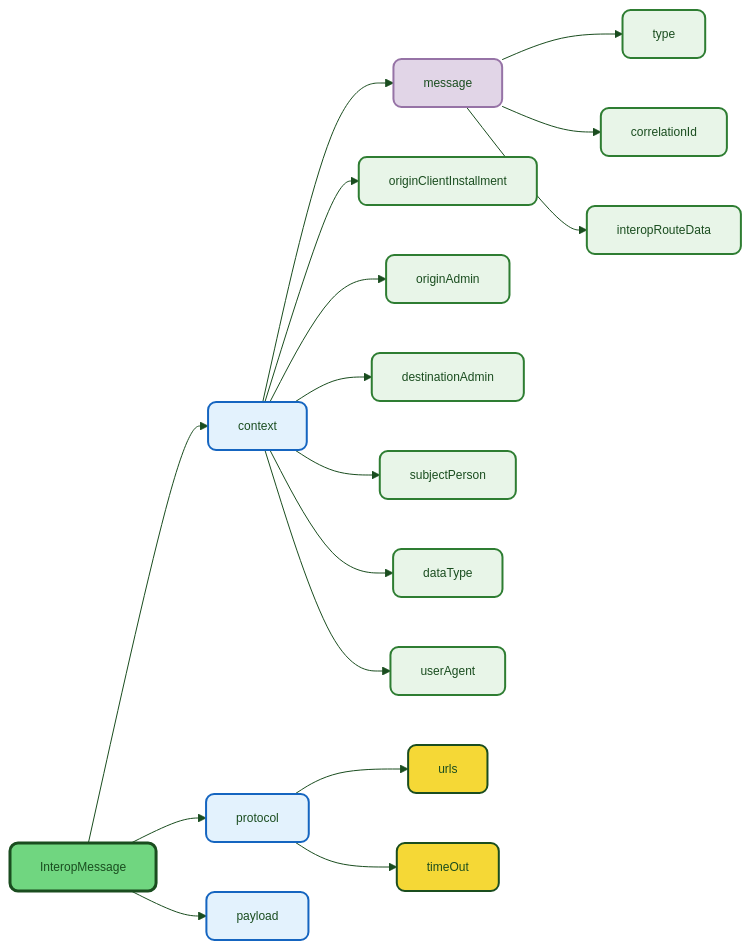
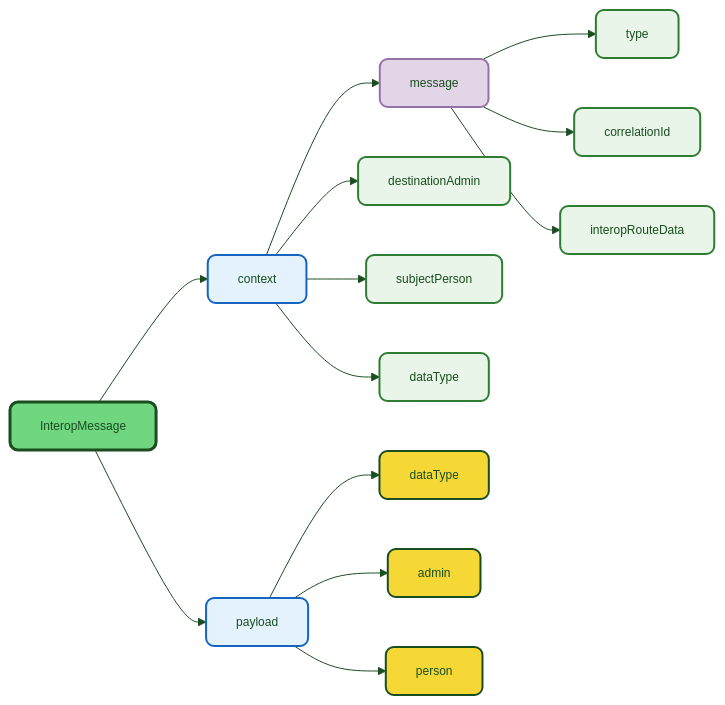
Before and after one commit to DENA-Euskadi/dena-euskadi.github.io: the second of 3 diagrams in docs/semantica/data-retrieve/index.en.md, drawn with Mermaid. The commit also changed other lines of this file and 117 other files, not shown here.

````diff
--- a/docs/semantica/data-retrieve/index.en.md
+++ b/docs/semantica/data-retrieve/index.en.md
@@ -190,49 +190,43 @@
 ```mermaid
 ---
 config:
   theme: base
   themeVariables:
     primaryColor: "#FFFFFF"
     primaryTextColor: "#1a4d1f"
     primaryBorderColor: "#70d680"
     lineColor: "#1a4d1f"
     fontSize: "12px"
     fontFamily: "Manrope, sans-serif"
 ---
 flowchart LR
     ROOT["InteropMessage"] --> CTX["context"]
-    ROOT --> PROTOCOL["protocol"]
     ROOT --> PAYLOAD["payload"]
 
     CTX --> MSG["message"]
-    CTX --> ORIGIN_CI["originClientInstallment"]
-    CTX --> ORIGIN_ADMIN["originAdmin"]
     CTX --> DEST["destinationAdmin"]
     CTX --> PERSON["subjectPerson"]
     CTX --> DTYPE["dataType"]
-    CTX --> UA["userAgent"]
 
     MSG --> MTYPE["type"]
     MSG --> CORR["correlationId"]
     MSG --> ROUTE["interopRouteData"]
 
-    PROTOCOL --> PURLS["urls"]
-    PROTOCOL --> PTO["timeOut"]
+    PAYLOAD --> PDTYPE["dataType"]
+    PAYLOAD --> PADMIN["admin"]
+    PAYLOAD --> PPERSON["person"]
 
     style ROOT fill:#70d680,stroke:#1a4d1f,color:#1a4d1f,stroke-width:3px,rx:8,ry:8
     style CTX fill:#e3f2fd,stroke:#1565c0,color:#1a4d1f,stroke-width:2px,rx:8,ry:8
     style PAYLOAD fill:#e3f2fd,stroke:#1565c0,color:#1a4d1f,stroke-width:2px,rx:8,ry:8
-    style PROTOCOL fill:#e3f2fd,stroke:#1565c0,color:#1a4d1f,stroke-width:2px,rx:8,ry:8
     style MSG fill:#e1d5e7,stroke:#9673a6,color:#1a4d1f,stroke-width:2px,rx:8,ry:8
     style MTYPE fill:#e8f5e8,stroke:#2e7d32,color:#1a4d1f,stroke-width:2px,rx:8,ry:8
-    style DTYPE fill:#e8f5e8,stroke:#2e7d32,color:#1a4d1f,stroke-width:2px,rx:8,ry:8
     style CORR fill:#e8f5e8,stroke:#2e7d32,color:#1a4d1f,stroke-width:2px,rx:8,ry:8
-    style ORIGIN_CI fill:#e8f5e8,stroke:#2e7d32,color:#1a4d1f,stroke-width:2px,rx:8,ry:8
-    style ORIGIN_ADMIN fill:#e8f5e8,stroke:#2e7d32,color:#1a4d1f,stroke-width:2px,rx:8,ry:8
+    style ROUTE fill:#e8f5e8,stroke:#2e7d32,color:#1a4d1f,stroke-width:2px,rx:8,ry:8
     style DEST fill:#e8f5e8,stroke:#2e7d32,color:#1a4d1f,stroke-width:2px,rx:8,ry:8
     style PERSON fill:#e8f5e8,stroke:#2e7d32,color:#1a4d1f,stroke-width:2px,rx:8,ry:8
-    style UA fill:#e8f5e8,stroke:#2e7d32,color:#1a4d1f,stroke-width:2px,rx:8,ry:8
-    style ROUTE fill:#e8f5e8,stroke:#2e7d32,color:#1a4d1f,stroke-width:2px,rx:8,ry:8
-    style PURLS fill:#f5d836,stroke:#1a4d1f,color:#1a4d1f,stroke-width:2px,rx:8,ry:8
-    style PTO fill:#f5d836,stroke:#1a4d1f,color:#1a4d1f,stroke-width:2px,rx:8,ry:8
+    style DTYPE fill:#e8f5e8,stroke:#2e7d32,color:#1a4d1f,stroke-width:2px,rx:8,ry:8
+    style PDTYPE fill:#f5d836,stroke:#1a4d1f,color:#1a4d1f,stroke-width:2px,rx:8,ry:8
+    style PADMIN fill:#f5d836,stroke:#1a4d1f,color:#1a4d1f,stroke-width:2px,rx:8,ry:8
+    style PPERSON fill:#f5d836,stroke:#1a4d1f,color:#1a4d1f,stroke-width:2px,rx:8,ry:8
 ```
````
